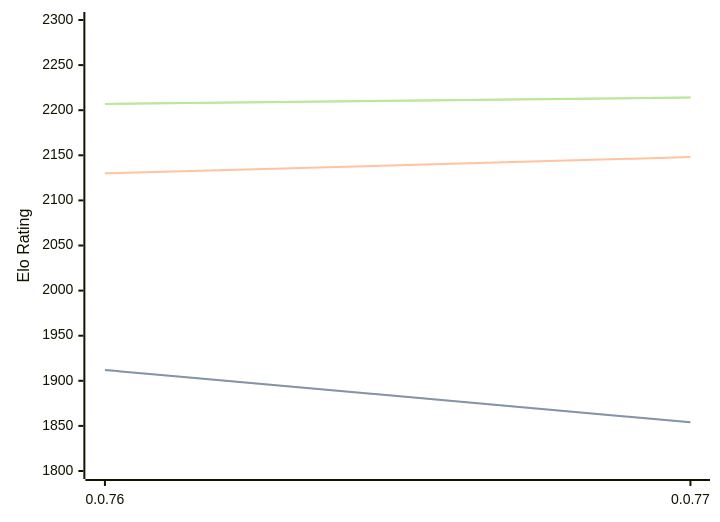
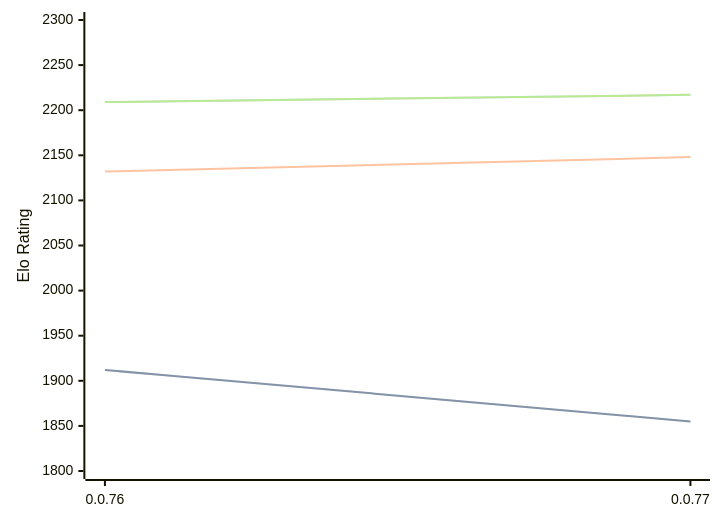
The diagram in engines/Fktb.md (computer-chess-index/cci), drawn with Mermaid before and after one commit. The commit also changed other lines of this file, not shown here.

Commit message:
Update CCI Ratings (ELO VLTC) - 2026-05-21

````diff
--- a/engines/Fktb.md
+++ b/engines/Fktb.md
@@ -32,11 +32,11 @@
 ```mermaid
 %%{init: {"theme":"base","themeVariables":{"seriesColors:['#a3a3a3','#222221','#faa371']}}}%%
 xychart-beta
   x-axis ["0.0.76", "0.0.77"]
   y-axis "Elo Rating" 1800 --> 2300
-  line "STC (8.0+0.08s)" [1912, 1854]
-  line "STC (8.0+0.08s)" [1912, 1854]
-  line "LTC (60.0+0.60s)" [2130, 2148]
-  line "VLTC (2m24s+1.12s)" [2207, 2214]
-  line "VLTC (2m24s+1.12s)" [2207, 2214]
+  line "STC (8.0+0.08s)" [1912, 1855]
+  line "STC (8.0+0.08s)" [1912, 1855]
+  line "LTC (60.0+0.60s)" [2132, 2148]
+  line "VLTC (2m24s+1.12s)" [2209, 2217]
+  line "VLTC (2m24s+1.12s)" [2209, 2217]
 ```
````
